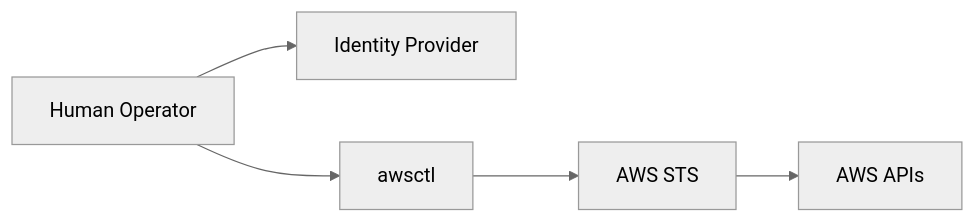
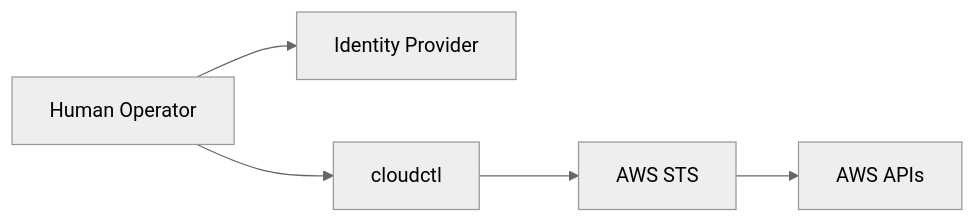
Before and after one commit to hoad-org/cloudctl: the diagram in docs/wiki/architecture-mission.md, drawn with Mermaid (neutral theme). The commit also changed other lines of this file and 198 other files, not shown here.

````diff
--- a/docs/wiki/architecture-mission.md
+++ b/docs/wiki/architecture-mission.md
@@ -60,13 +60,13 @@
 ```mermaid
 flowchart LR
     User[Human Operator]
     IdP[Identity Provider]
-    awsctl[awsctl]
+    cloudctl[cloudctl]
     STS[AWS STS]
     AWS[AWS APIs]
 
     User --> IdP
-    User --> awsctl
-    awsctl --> STS
+    User --> cloudctl
+    cloudctl --> STS
     STS --> AWS
 ```
````
